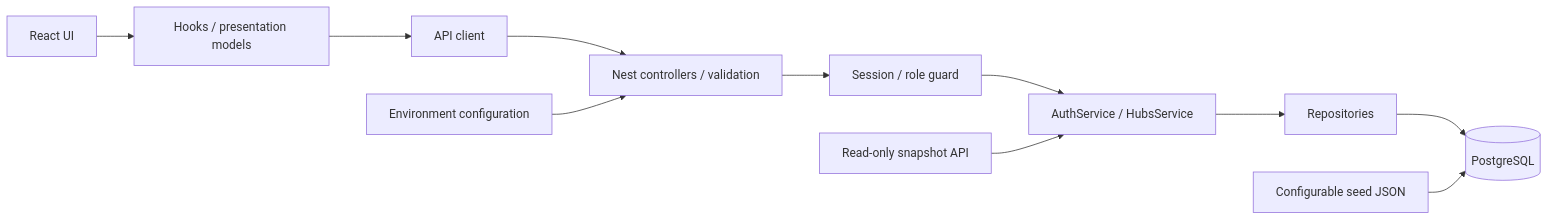
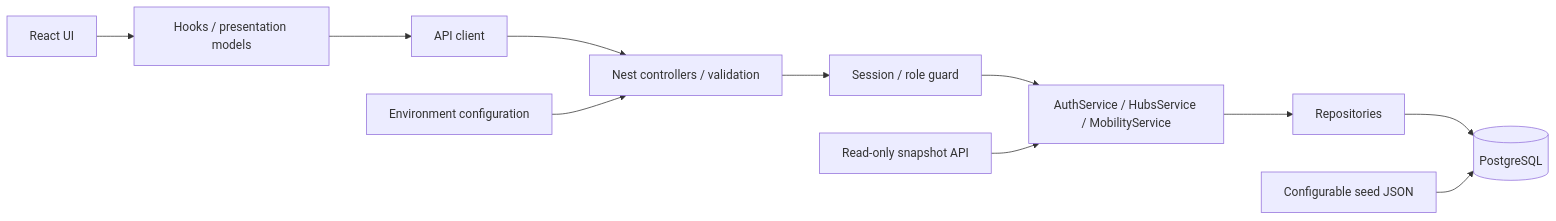
The first of 7 diagrams in docs/architecture.md (tonnytran2511/BTL_CNPM), drawn with Mermaid before and after one commit. The commit also changed other lines of this file and 32 other files, not shown here.

````diff
--- a/docs/architecture.md
+++ b/docs/architecture.md
@@ -5,13 +5,13 @@
 ```mermaid
 flowchart LR
   UI[React UI] --> Hooks[Hooks / presentation models]
   Hooks --> Client[API client]
   Client --> Controllers[Nest controllers / validation]
   Controllers --> Guard[Session / role guard]
-  Guard --> Services[AuthService / HubsService]
+  Guard --> Services[AuthService / HubsService / MobilityService]
   Services --> Repos[Repositories]
   Repos --> DB[(PostgreSQL)]
   Snapshot[Read-only snapshot API] --> Services
   Env[Environment configuration] --> Controllers
   Seed[Configurable seed JSON] --> DB
 ```
````
